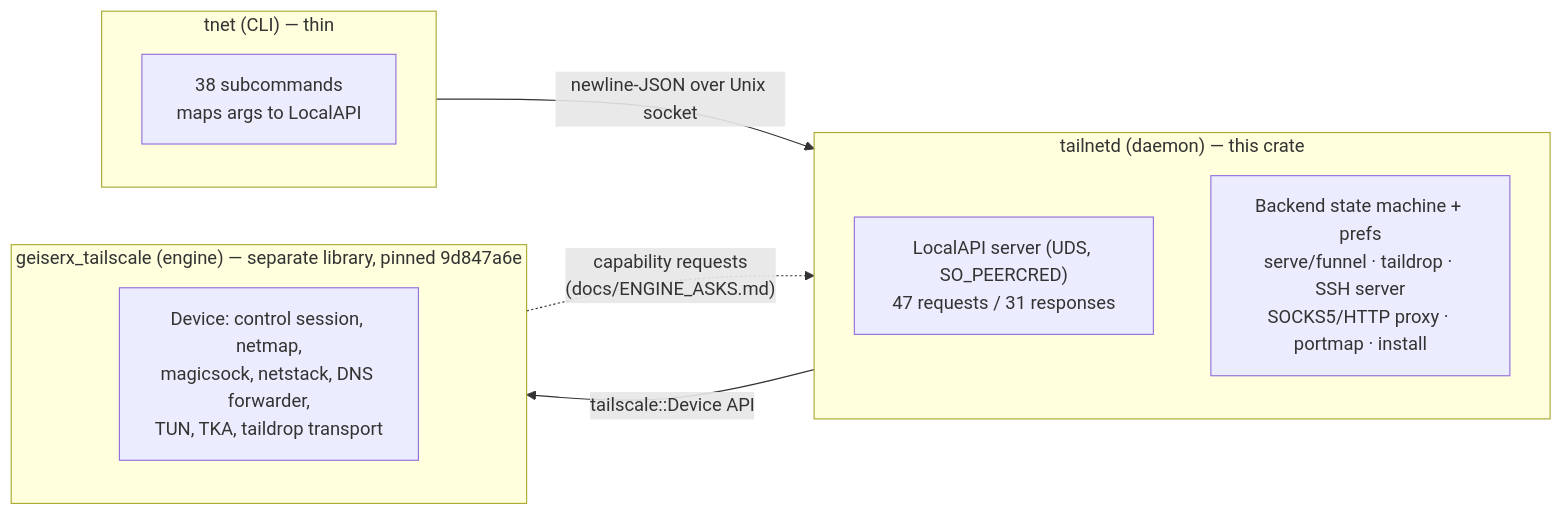
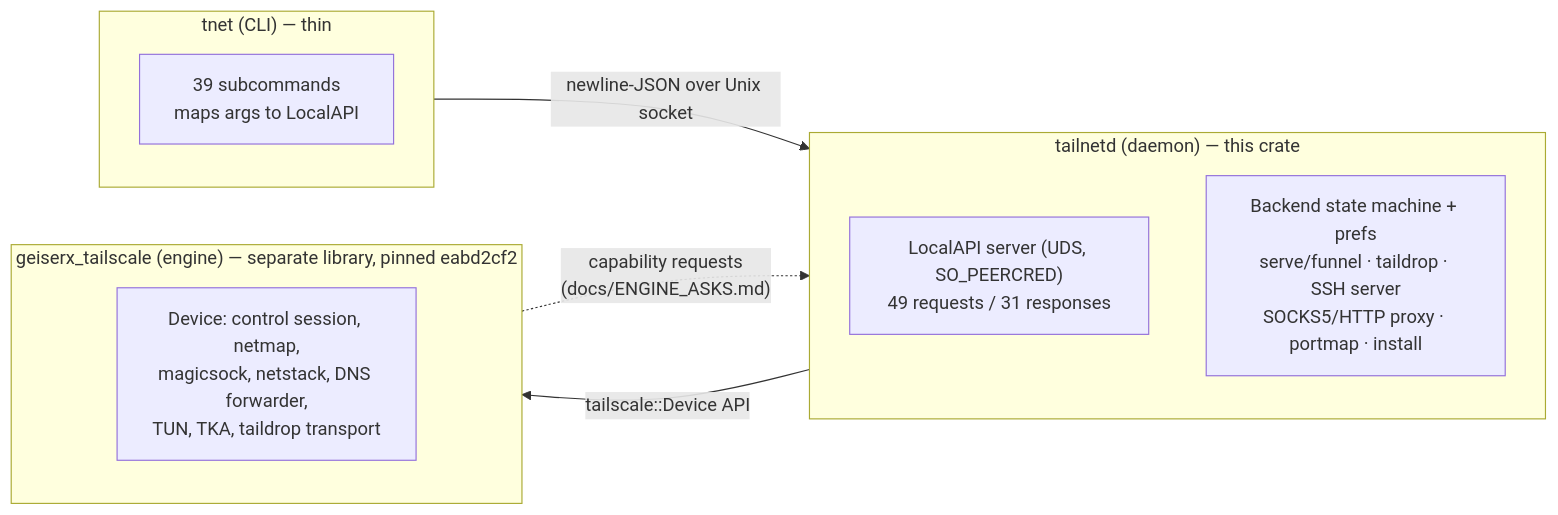
One commit to GeiserX/tailscaled-rs changed the second of 3 diagrams in docs/PARITY_GAP_ANALYSIS.md. Above: the diagram before and after it, drawn with Mermaid. The commit also changed other lines of this file and 3 other files, not shown here.

````diff
--- a/docs/PARITY_GAP_ANALYSIS.md
+++ b/docs/PARITY_GAP_ANALYSIS.md
@@ -198,19 +555,19 @@
 ```mermaid
 flowchart LR
     subgraph CLI["tnet (CLI) — thin"]
         direction TB
-        C1["38 subcommands<br/>maps args to LocalAPI"]
+        C1["39 subcommands<br/>maps args to LocalAPI"]
     end
     subgraph DAEMON["tailnetd (daemon) — this crate"]
         direction TB
-        D1["LocalAPI server (UDS, SO_PEERCRED)<br/>47 requests / 31 responses"]
+        D1["LocalAPI server (UDS, SO_PEERCRED)<br/>49 requests / 31 responses"]
         D2["Backend state machine + prefs<br/>serve/funnel · taildrop · SSH server<br/>SOCKS5/HTTP proxy · portmap · install"]
     end
-    subgraph ENGINE["geiserx_tailscale (engine) — separate library, pinned 9d847a6e"]
+    subgraph ENGINE["geiserx_tailscale (engine) — separate library, pinned eabd2cf2"]
         direction TB
         E1["Device: control session, netmap,<br/>magicsock, netstack, DNS forwarder,<br/>TUN, TKA, taildrop transport"]
     end
     CLI -->|"newline-JSON over Unix socket"| DAEMON
     DAEMON -->|"tailscale::Device API"| ENGINE
     ENGINE -.->|"capability requests<br/>(docs/ENGINE_ASKS.md)"| DAEMON
 ```
````
